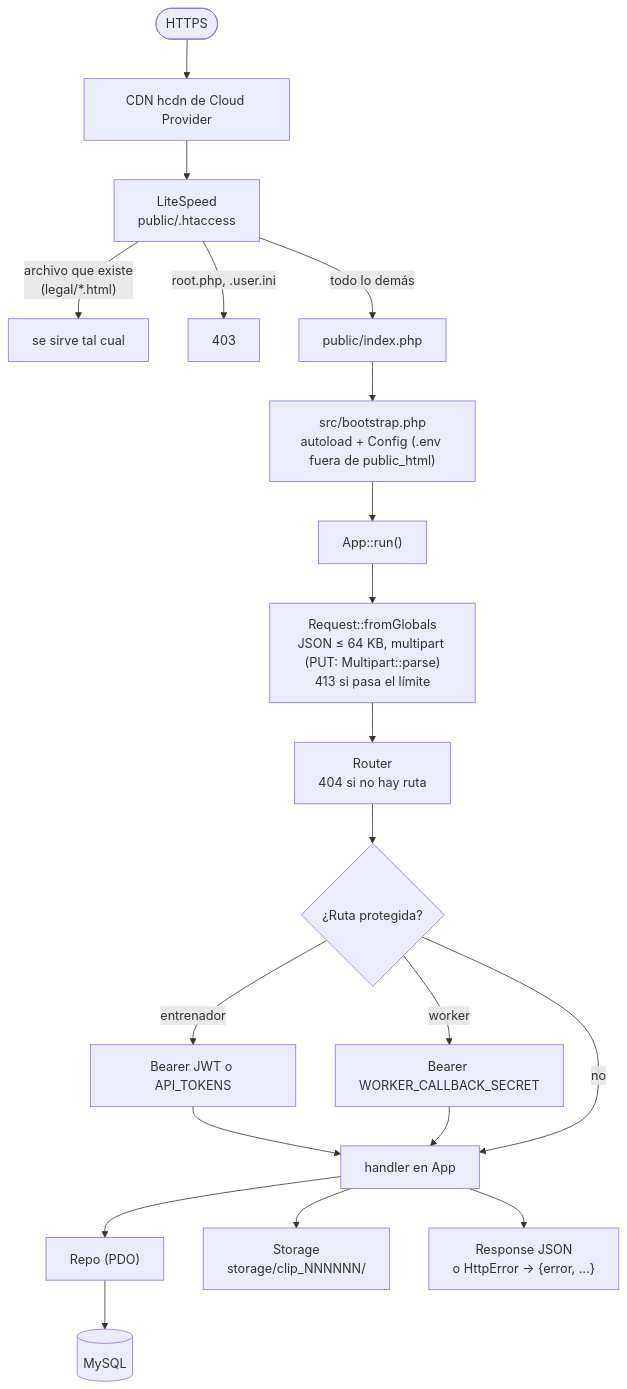
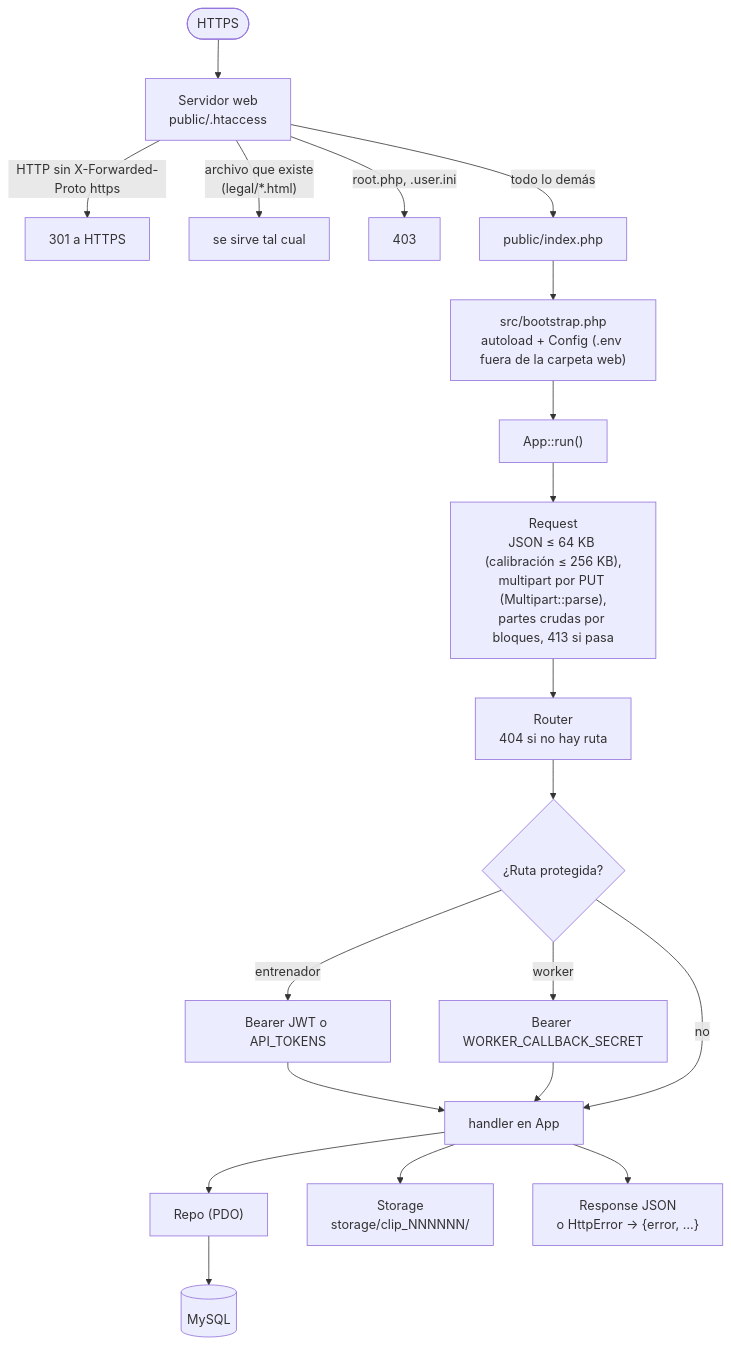
Before and after one commit to pepemxl/meta-ai-hackathon-2026: the first of 3 diagrams in docs/arquitectura/03-api.md, drawn with Mermaid. The commit also changed other lines of this file and 16 other files, not shown here.

````diff
--- a/docs/arquitectura/03-api.md
+++ b/docs/arquitectura/03-api.md
@@ -42,21 +40,21 @@
 ```mermaid
 flowchart TB
-    req(["HTTPS"]) --> cdn["CDN hcdn de Cloud Provider"]
-    cdn --> ls["LiteSpeed<br/>public/.htaccess"]
+    req(["HTTPS"]) --> ls["Servidor web<br/>public/.htaccess"]
+    ls -->|"HTTP sin X-Forwarded-Proto https"| redir["301 a HTTPS"]
     ls -->|"archivo que existe<br/>(legal/*.html)"| static["se sirve tal cual"]
     ls -->|"root.php, .user.ini"| deny["403"]
     ls -->|"todo lo demás"| idx["public/index.php"]
-    idx --> boot["src/bootstrap.php<br/>autoload + Config (.env fuera de public_html)"]
+    idx --> boot["src/bootstrap.php<br/>autoload + Config (.env fuera de la carpeta web)"]
     boot --> run["App::run()"]
-    run --> rq["Request::fromGlobals<br/>JSON ≤ 64 KB, multipart (PUT: Multipart::parse)<br/>413 si pasa el límite"]
+    run --> rq["Request<br/>JSON ≤ 64 KB (calibración ≤ 256 KB),<br/>multipart por PUT (Multipart::parse),<br/>partes crudas por bloques, 413 si pasa"]
     rq --> router["Router<br/>404 si no hay ruta"]
     router --> auth{"¿Ruta protegida?"}
     auth -->|"entrenador"| jwt["Bearer JWT o API_TOKENS"]
     auth -->|"worker"| ws["Bearer WORKER_CALLBACK_SECRET"]
     jwt --> handler["handler en App"]
     ws --> handler
     auth -->|"no"| handler
     handler --> repo["Repo (PDO)"] --> db[("MySQL")]
     handler --> storage["Storage<br/>storage/clip_NNNNNN/"]
     handler --> resp["Response JSON<br/>o HttpError → {error, …}"]
 ```
````
